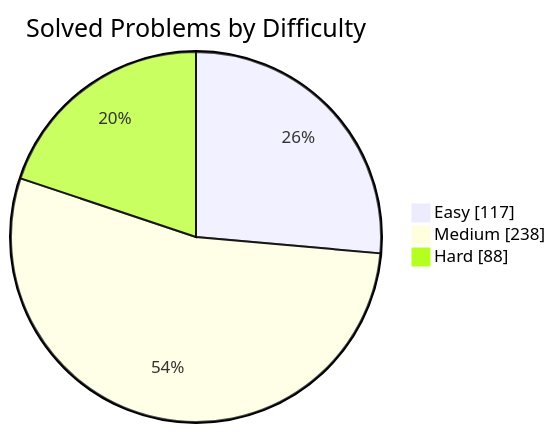
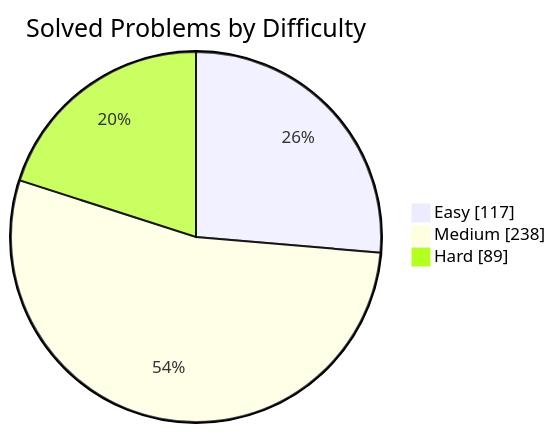
Before and after one commit to manikantbindass/DSA-Preparation-FAANG: the first of 2 diagrams in README.md, drawn with Mermaid. The commit also changed other lines of this file and 1 other file, not shown here.

````diff
--- a/README.md
+++ b/README.md
@@ -77,7 +77,7 @@
 ```mermaid
 pie showData
     title Solved Problems by Difficulty
     "Easy" : 117
     "Medium" : 238
-    "Hard" : 88
+    "Hard" : 89
 ```
````
